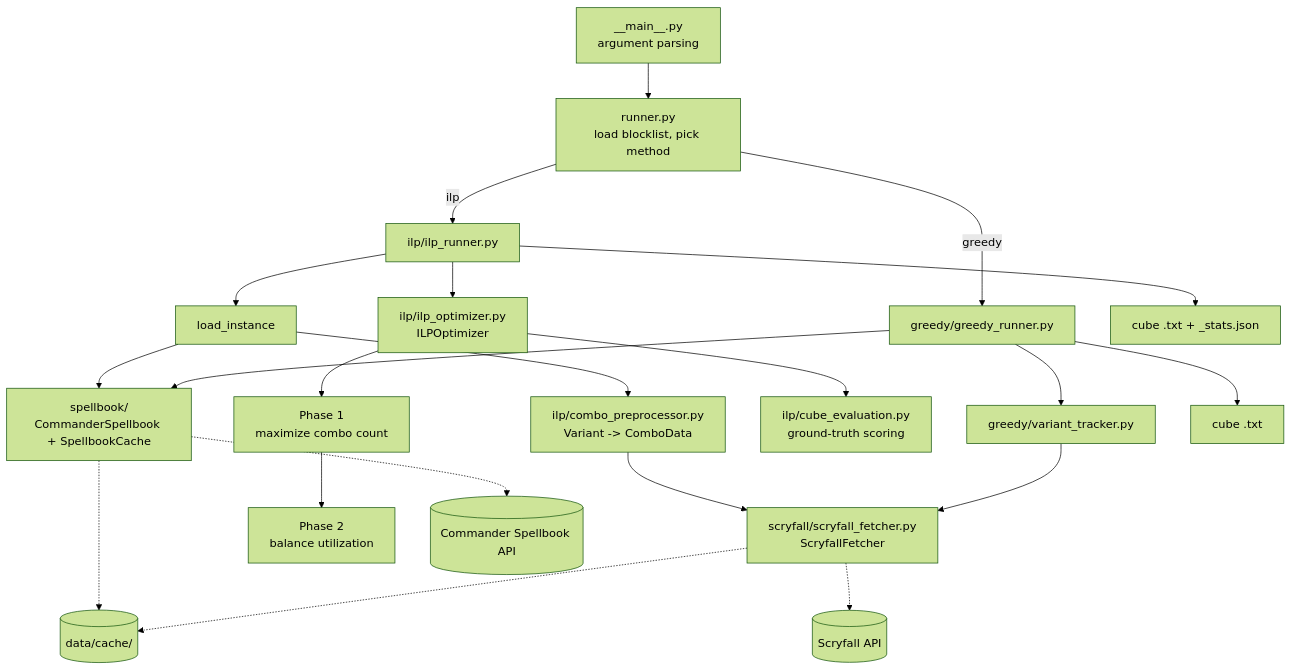
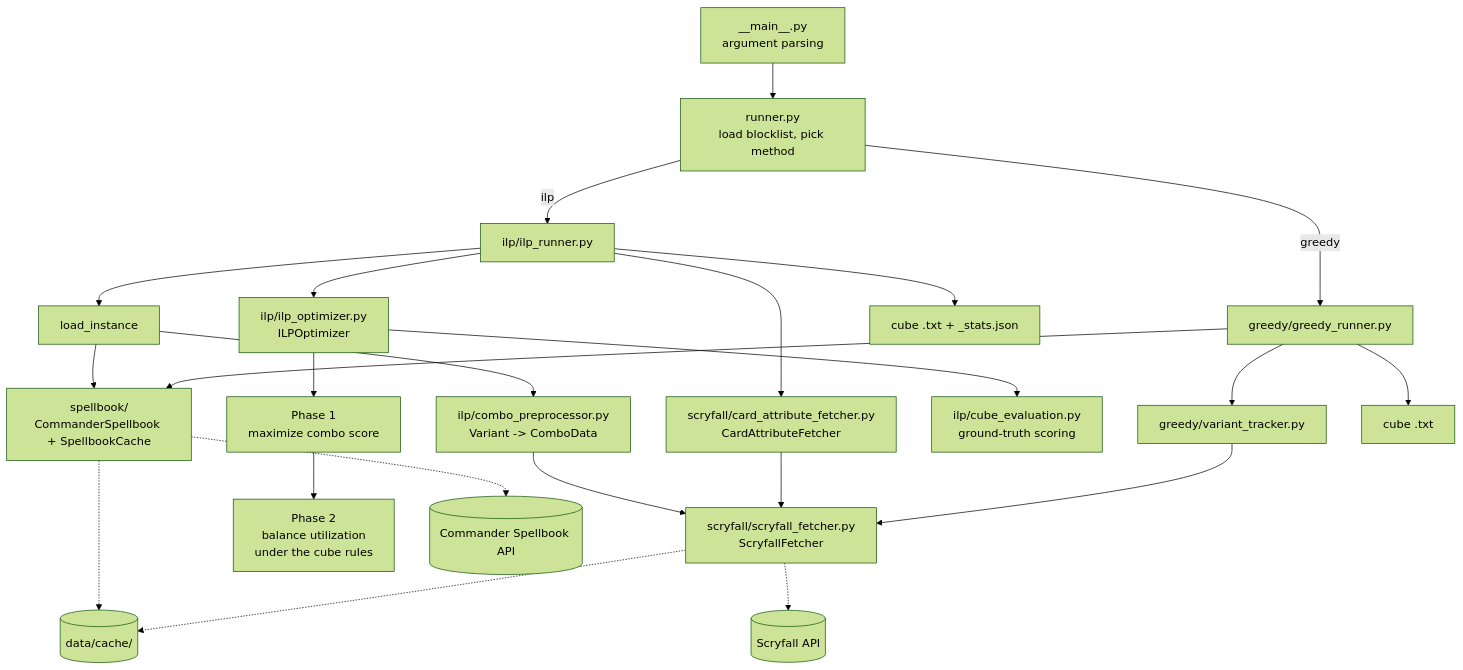
Before and after one commit to tgrunnagle/mtg-combo-cube: the diagram in docs/architecture.md, drawn with Mermaid (forest theme). The commit also changed other lines of this file and 4 other files, not shown here.

First line of the commit message:
Bring README and architecture docs up to date with grouping, archetypes and card mix

````diff
--- a/docs/architecture.md
+++ b/docs/architecture.md
@@ -23,29 +23,32 @@
 ```mermaid
 flowchart TD
     CLI["__main__.py<br/>argument parsing"] --> RUN["runner.py<br/>load blocklist, pick method"]
 
     RUN -->|ilp| ILPR["ilp/ilp_runner.py"]
     RUN -->|greedy| GR["greedy/greedy_runner.py"]
 
     ILPR --> LOAD["load_instance"]
     LOAD --> SB["spellbook/<br/>CommanderSpellbook + SpellbookCache"]
     LOAD --> PRE["ilp/combo_preprocessor.py<br/>Variant -> ComboData"]
     PRE --> SF["scryfall/scryfall_fetcher.py<br/>ScryfallFetcher"]
 
+    ILPR --> CAF["scryfall/card_attribute_fetcher.py<br/>CardAttributeFetcher"]
+    CAF --> SF
+
     ILPR --> OPT["ilp/ilp_optimizer.py<br/>ILPOptimizer"]
-    OPT --> P1["Phase 1<br/>maximize combo count"]
-    P1 --> P2["Phase 2<br/>balance utilization"]
+    OPT --> P1["Phase 1<br/>maximize combo score"]
+    P1 --> P2["Phase 2<br/>balance utilization<br/>under the cube rules"]
     OPT --> EVAL["ilp/cube_evaluation.py<br/>ground-truth scoring"]
 
     ILPR --> OUT["cube .txt + _stats.json"]
 
     GR --> SB
     GR --> VT["greedy/variant_tracker.py"]
     VT --> SF
     GR --> OUTG["cube .txt"]
 
     SB -.-> API1[("Commander Spellbook API")]
     SF -.-> API2[("Scryfall API")]
     SB -.-> CACHE[("data/cache/")]
     SF -.-> CACHE
 ```
````
